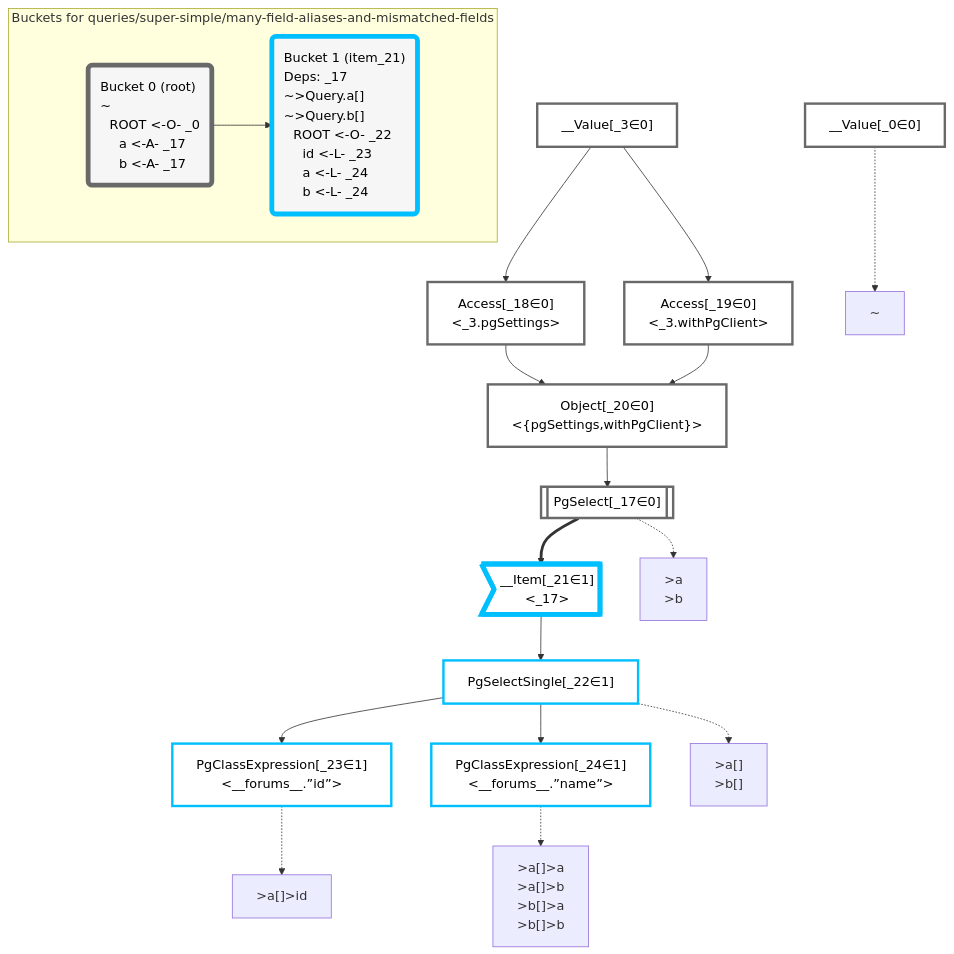
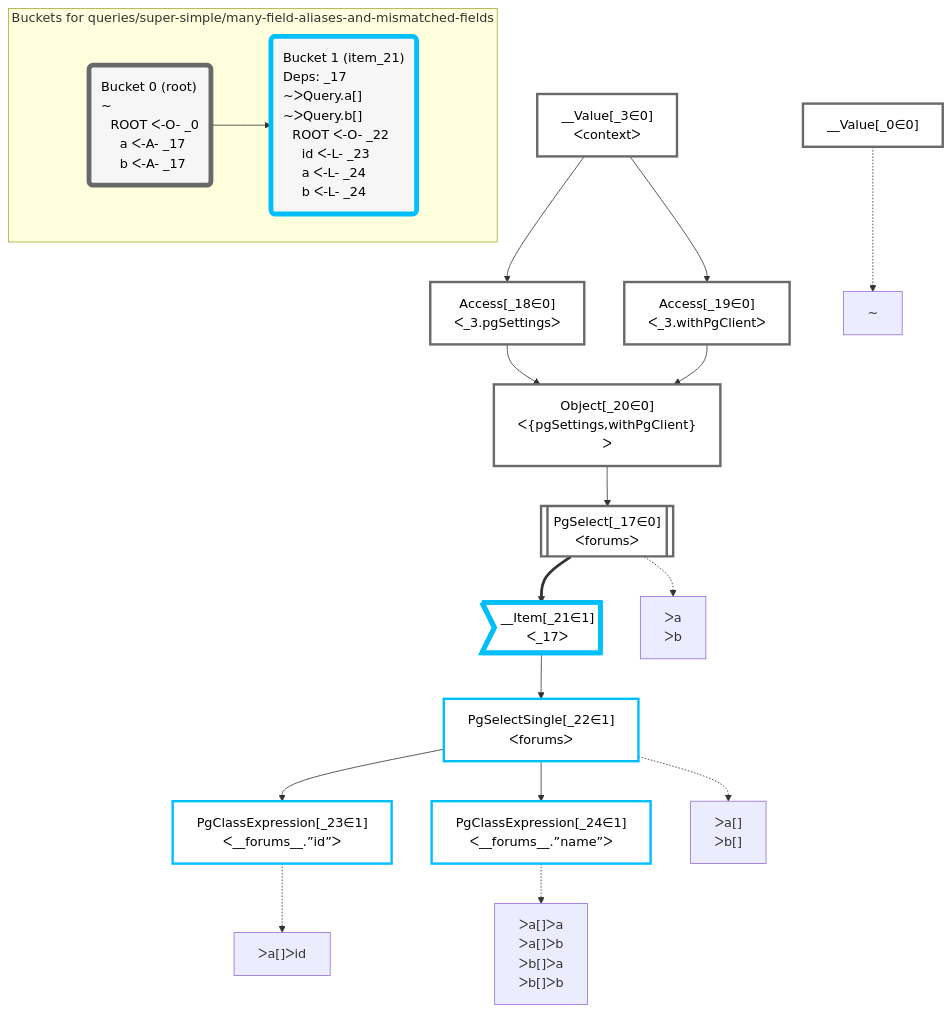
The diagram in packages/dataplan-pg/__tests__/queries/super-simple/many-field-aliases-and-mismatched-fields.mermaid.md (graphile/crystal), drawn with Mermaid before and after one commit. The commit also changed 195 other files, not shown here.

````diff
--- a/packages/dataplan-pg/__tests__/queries/super-simple/many-field-aliases-and-mismatched-fields.mermaid.md
+++ b/packages/dataplan-pg/__tests__/queries/super-simple/many-field-aliases-and-mismatched-fields.mermaid.md
@@ -1,58 +1,58 @@
 ```mermaid
 graph TD
     classDef path fill:#eee,stroke:#000,color:#000
     classDef plan fill:#fff,stroke-width:3px,color:#000
     classDef itemplan fill:#fff,stroke-width:6px,color:#000
     classDef sideeffectplan fill:#f00,stroke-width:6px,color:#000
     classDef bucket fill:#f6f6f6,color:#000,stroke-width:6px,text-align:left
 
 
     %% define plans
     __Value_0["__Value[_0∈0]"]:::plan
-    __Value_3["__Value[_3∈0]<br /><context>"]:::plan
-    PgSelect_17[["PgSelect[_17∈0]<br /><forums>"]]:::plan
-    Access_18["Access[_18∈0]<br /><_3.pgSettings>"]:::plan
-    Access_19["Access[_19∈0]<br /><_3.withPgClient>"]:::plan
-    Object_20["Object[_20∈0]<br /><{pgSettings,withPgClient}>"]:::plan
-    __Item_21>"__Item[_21∈1]<br /><_17>"]:::itemplan
-    PgSelectSingle_22["PgSelectSingle[_22∈1]<br /><forums>"]:::plan
-    PgClassExpression_23["PgClassExpression[_23∈1]<br /><__forums__.”id”>"]:::plan
-    PgClassExpression_24["PgClassExpression[_24∈1]<br /><__forums__.”name”>"]:::plan
+    __Value_3["__Value[_3∈0]<br />ᐸcontextᐳ"]:::plan
+    PgSelect_17[["PgSelect[_17∈0]<br />ᐸforumsᐳ"]]:::plan
+    Access_18["Access[_18∈0]<br />ᐸ_3.pgSettingsᐳ"]:::plan
+    Access_19["Access[_19∈0]<br />ᐸ_3.withPgClientᐳ"]:::plan
+    Object_20["Object[_20∈0]<br />ᐸ{pgSettings,withPgClient}ᐳ"]:::plan
+    __Item_21>"__Item[_21∈1]<br />ᐸ_17ᐳ"]:::itemplan
+    PgSelectSingle_22["PgSelectSingle[_22∈1]<br />ᐸforumsᐳ"]:::plan
+    PgClassExpression_23["PgClassExpression[_23∈1]<br />ᐸ__forums__.”id”ᐳ"]:::plan
+    PgClassExpression_24["PgClassExpression[_24∈1]<br />ᐸ__forums__.”name”ᐳ"]:::plan
 
     %% plan dependencies
     Object_20 --> PgSelect_17
     __Value_3 --> Access_18
     __Value_3 --> Access_19
     Access_18 --> Object_20
     Access_19 --> Object_20
     PgSelect_17 ==> __Item_21
     __Item_21 --> PgSelectSingle_22
     PgSelectSingle_22 --> PgClassExpression_23
     PgSelectSingle_22 --> PgClassExpression_24
 
     %% plan-to-path relationships
     P_0["~"]
     __Value_0 -.-> P_0
-    P_17[">a<br />>b"]
+    P_17["ᐳa<br />ᐳb"]
     PgSelect_17 -.-> P_17
-    P_22[">a[]<br />>b[]"]
+    P_22["ᐳa[]<br />ᐳb[]"]
     PgSelectSingle_22 -.-> P_22
-    P_23[">a[]>id"]
+    P_23["ᐳa[]ᐳid"]
     PgClassExpression_23 -.-> P_23
-    P_24[">a[]>a<br />>a[]>b<br />>b[]>a<br />>b[]>b"]
+    P_24["ᐳa[]ᐳa<br />ᐳa[]ᐳb<br />ᐳb[]ᐳa<br />ᐳb[]ᐳb"]
     PgClassExpression_24 -.-> P_24
 
     %% allocate buckets
     classDef bucket0 stroke:#696969
     class __Value_0,__Value_3,PgSelect_17,Access_18,Access_19,Object_20 bucket0
     classDef bucket1 stroke:#00bfff
     class __Item_21,PgSelectSingle_22,PgClassExpression_23,PgClassExpression_24 bucket1
 
     subgraph "Buckets for queries/super-simple/many-field-aliases-and-mismatched-fields"
-    Bucket0("Bucket 0 (root)<br />~<br />⠀ROOT <-O- _0<br />⠀⠀a <-A- _17<br />⠀⠀b <-A- _17"):::bucket
+    Bucket0("Bucket 0 (root)<br />~<br />⠀ROOT ᐸ-O- _0<br />⠀⠀a ᐸ-A- _17<br />⠀⠀b ᐸ-A- _17"):::bucket
     style Bucket0 stroke:#696969
-    Bucket1("Bucket 1 (item_21)<br />Deps: _17<br />~>Query.a[]<br />~>Query.b[]<br />⠀ROOT <-O- _22<br />⠀⠀id <-L- _23<br />⠀⠀a <-L- _24<br />⠀⠀b <-L- _24"):::bucket
+    Bucket1("Bucket 1 (item_21)<br />Deps: _17<br />~ᐳQuery.a[]<br />~ᐳQuery.b[]<br />⠀ROOT ᐸ-O- _22<br />⠀⠀id ᐸ-L- _23<br />⠀⠀a ᐸ-L- _24<br />⠀⠀b ᐸ-L- _24"):::bucket
     style Bucket1 stroke:#00bfff
     Bucket0 --> Bucket1
     end
 ```
````
